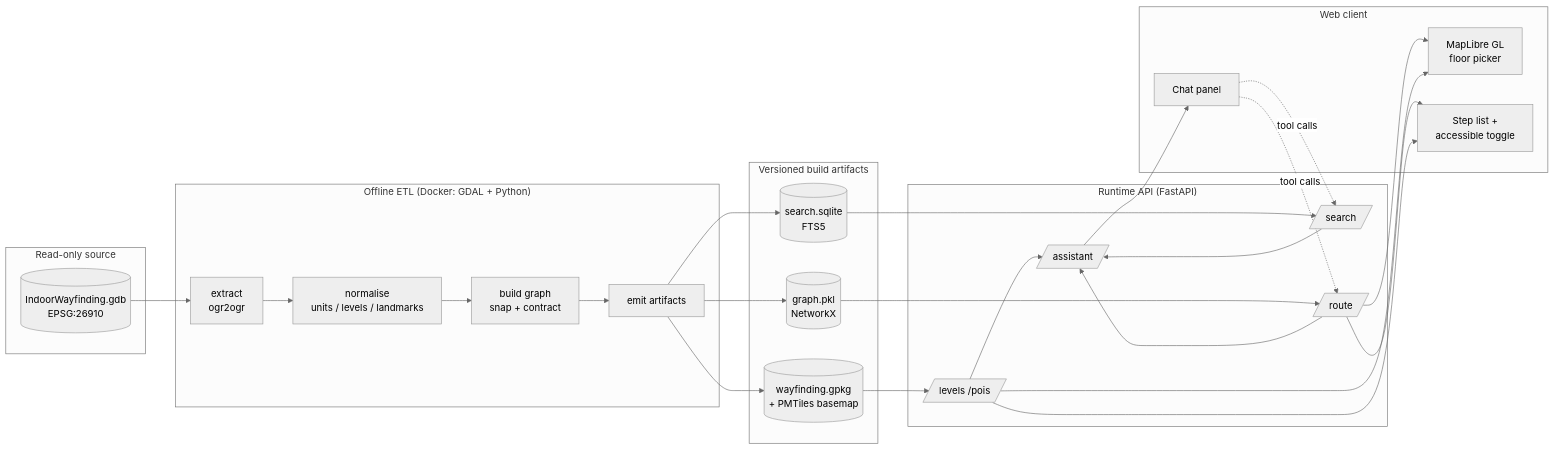
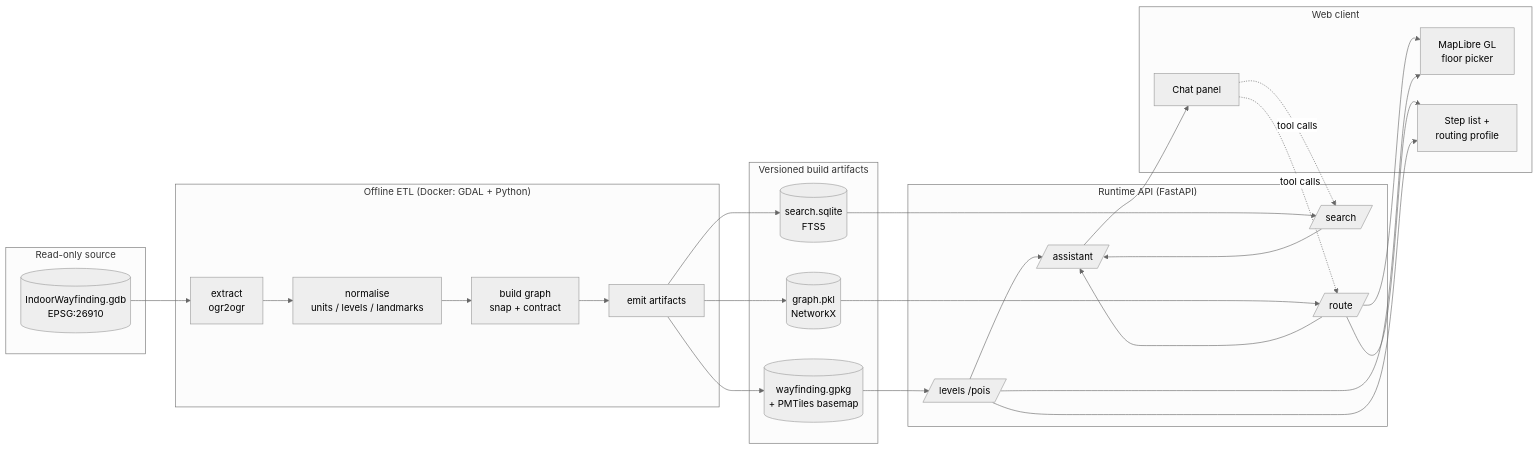
The first of 3 diagrams in docs/02-system-design.md (humanaxiom/SFU-digital-twin), drawn with Mermaid (neutral theme) before and after one commit. The commit also changed other lines of this file and 13 other files, not shown here.

````diff
--- a/docs/02-system-design.md
+++ b/docs/02-system-design.md
@@ -31,41 +60,41 @@
 ```mermaid
 flowchart LR
     subgraph Source["Read-only source"]
         GDB[(IndoorWayfinding.gdb<br/>EPSG:26910)]
     end
 
     subgraph ETL["Offline ETL (Docker: GDAL + Python)"]
         E1[extract<br/>ogr2ogr] --> E2[normalise<br/>units / levels / landmarks]
         E2 --> E3[build graph<br/>snap + contract]
         E3 --> E4[emit artifacts]
     end
 
     subgraph Artifacts["Versioned build artifacts"]
         A1[(wayfinding.gpkg<br/>+ PMTiles basemap)]
         A2[(graph.pkl<br/>NetworkX)]
         A3[(search.sqlite<br/>FTS5)]
     end
 
     subgraph API["Runtime API (FastAPI)"]
         R1[/search/]
         R2[/route/]
         R3[/levels /pois/]
         R4[/assistant/]
     end
 
     subgraph Web["Web client"]
         W1[MapLibre GL<br/>floor picker]
-        W2[Step list +<br/>accessible toggle]
+        W2[Step list +<br/>routing profile]
         W3[Chat panel]
     end
 
     GDB --> E1
     E4 --> A1 & A2 & A3
     A1 --> R3
     A2 --> R2
     A3 --> R1
     R1 & R2 & R3 --> R4
     R2 & R3 --> W1 & W2
     R4 --> W3
     W3 -.tool calls.-> R1 & R2
 ```
````
